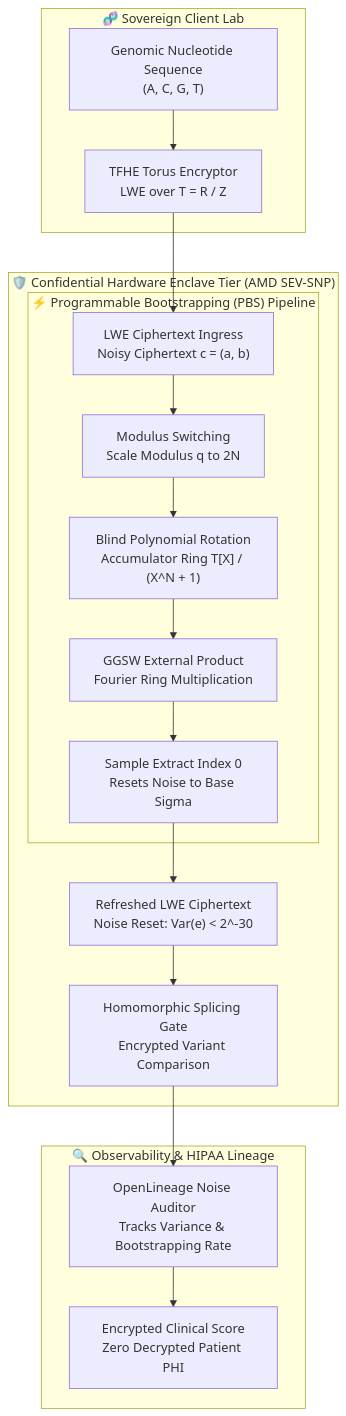
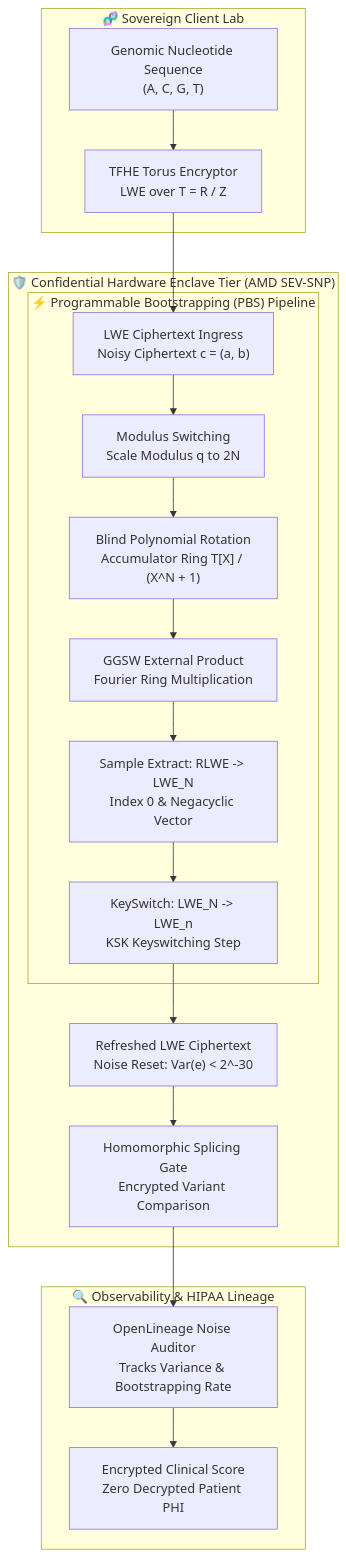
Before and after one commit to Amit1092tiwari/hyperscale-system-blueprints: the first of 2 diagrams in scripts/catalog/blueprint_D8.md, drawn with Mermaid. The commit also changed other lines of this file and 2 other files, not shown here.

Commit message:
docs(tfhe): document sample extraction simulation bridge and post-PBS keyswitch transition

````diff
--- a/scripts/catalog/blueprint_D8.md
+++ b/scripts/catalog/blueprint_D8.md
@@ -47,27 +47,28 @@
 ```mermaid
 graph TD
     subgraph ClientEnclave ["🧬 Sovereign Client Lab"]
         PlaintextDNA["Genomic Nucleotide Sequence<br/>(A, C, G, T)"]
         TFHEEncrypt["TFHE Torus Encryptor<br/>LWE over T = R / Z"]
         PlaintextDNA --> TFHEEncrypt
     end
 
     subgraph HardwareEnclave ["🛡️ Confidential Hardware Enclave Tier (AMD SEV-SNP)"]
         TFHEEncrypt --> LWEIngress["LWE Ciphertext Ingress<br/>Noisy Ciphertext c = (a, b)"]
         
         subgraph BootstrappingPipeline ["⚡ Programmable Bootstrapping (PBS) Pipeline"]
             LWEIngress --> ModSwitch["Modulus Switching<br/>Scale Modulus q to 2N"]
             ModSwitch --> BlindRotate["Blind Polynomial Rotation<br/>Accumulator Ring T[X] / (X^N + 1)"]
             BlindRotate --> ExternalProduct["GGSW External Product<br/>Fourier Ring Multiplication"]
-            ExternalProduct --> SampleExtract["Sample Extract Index 0<br/>Resets Noise to Base Sigma"]
+            ExternalProduct --> SampleExtract["Sample Extract: RLWE -> LWE_N<br/>Index 0 & Negacyclic Vector"]
+            SampleExtract --> KeySwitch["KeySwitch: LWE_N -> LWE_n<br/>KSK Keyswitching Step"]
         end
         
-        SampleExtract --> CleanLWE["Refreshed LWE Ciphertext<br/>Noise Reset: Var(e) < 2^-30"]
+        KeySwitch --> CleanLWE["Refreshed LWE Ciphertext<br/>Noise Reset: Var(e) < 2^-30"]
         CleanLWE --> HomomorphicGate["Homomorphic Splicing Gate<br/>Encrypted Variant Comparison"]
     end
 
     subgraph Observability ["🔍 Observability & HIPAA Lineage"]
         HomomorphicGate --> NoiseMonitor["OpenLineage Noise Auditor<br/>Tracks Variance & Bootstrapping Rate"]
         NoiseMonitor --> VerifiedEgress["Encrypted Clinical Score<br/>Zero Decrypted Patient PHI"]
     end
 ```
````
